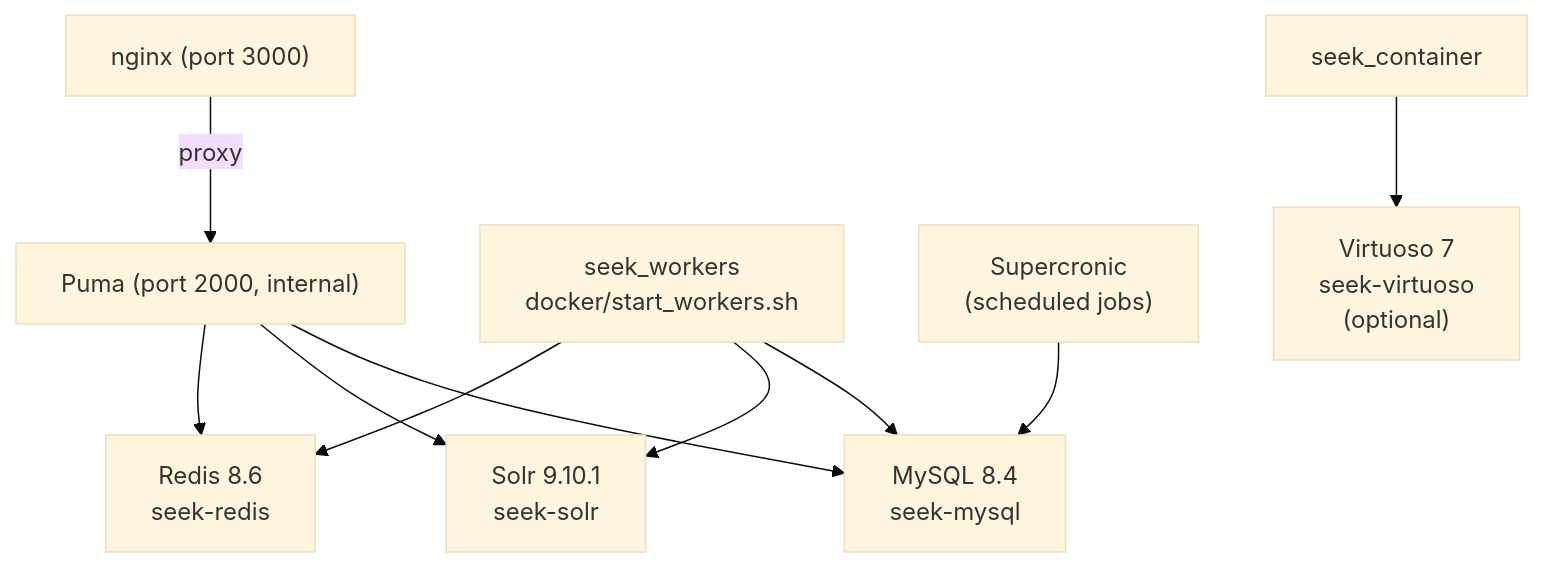
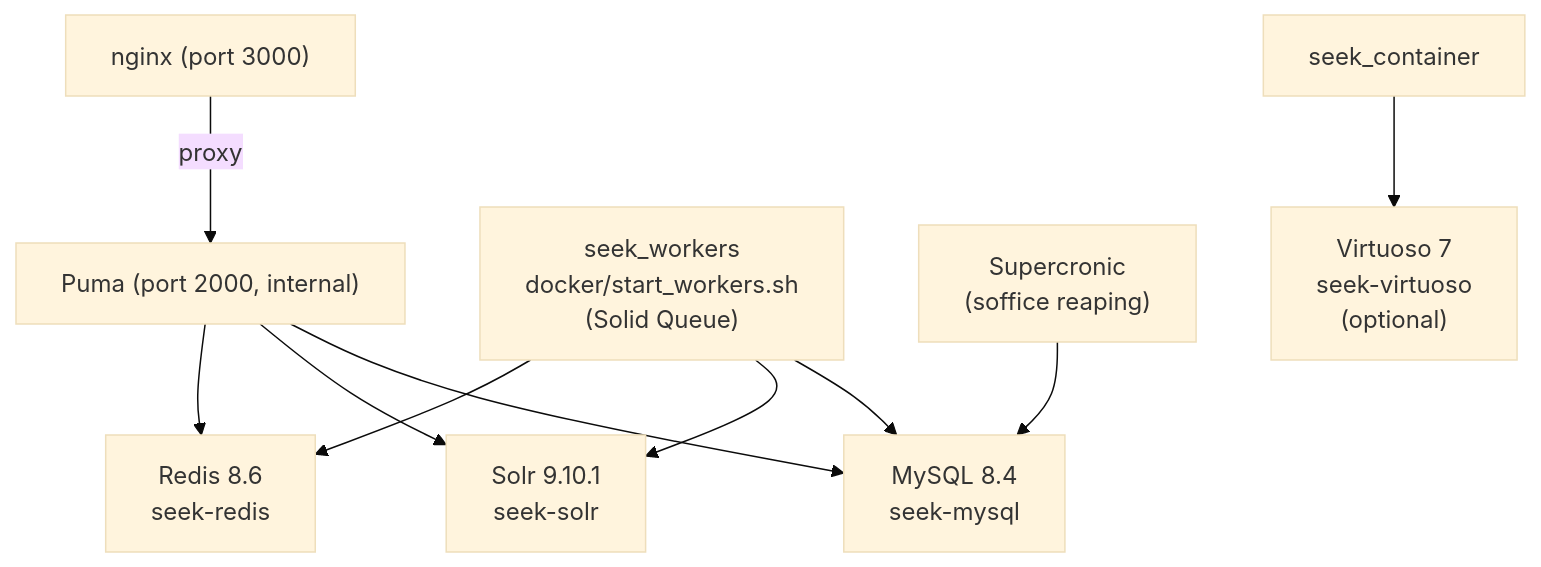
Before and after one commit to stuzart/seek-dev-notes: the first of 2 diagrams in _docs/docker.md, drawn with Mermaid (base theme). The commit also changed other lines of this file and 12 other files, not shown here.

First line of the commit message:
Bring docs up to date with seek main (Solid Queue migration)

````diff
--- a/_docs/docker.md
+++ b/_docs/docker.md
@@ -17,21 +17,21 @@
 ```mermaid
 graph TD
     nginx["nginx (port 3000)"]
     puma["Puma (port 2000, internal)"]
-    workers["seek_workers\ndocker/start_workers.sh"]
-    cron["Supercronic\n(scheduled jobs)"]
+    workers["seek_workers\ndocker/start_workers.sh\n(Solid Queue)"]
+    cron["Supercronic\n(soffice reaping)"]
     db["MySQL 8.4\nseek-mysql"]
     solr["Solr 9.10.1\nseek-solr"]
     redis["Redis 8.6\nseek-redis"]
     virt["Virtuoso 7\nseek-virtuoso\n(optional)"]
 
     nginx -->|proxy| puma
     puma --> db
     puma --> solr
     puma --> redis
     workers --> db
     workers --> solr
     workers --> redis
     cron --> db
     seek_container --> virt
 ```
````
